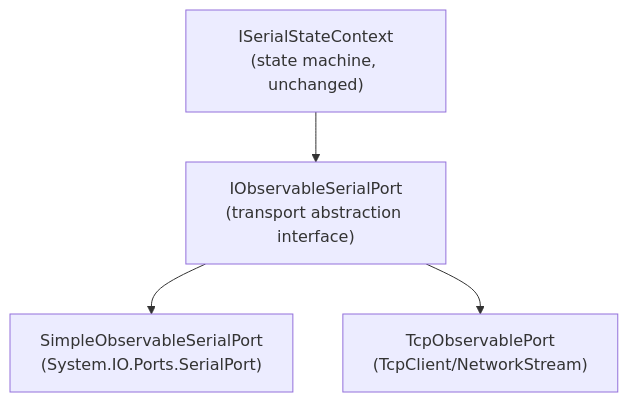
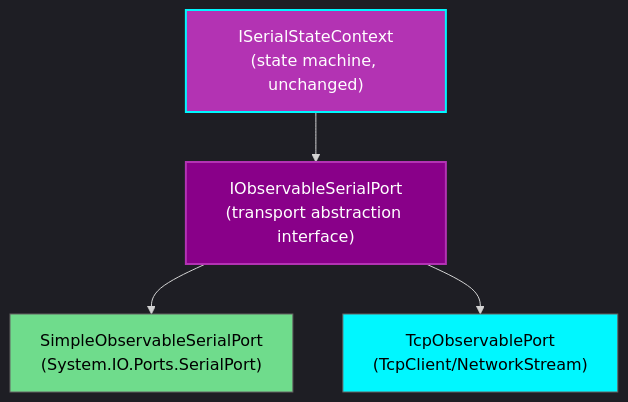
Before and after one commit to MetalHexx/TeensyROM-Web: the second of 3 diagrams in src/docs/projects/tcp/TCP_BRAINSTORMING.md, drawn with Mermaid. The commit also changed other lines of this file and 2 other files, not shown here.

Commit message:
docs: dj constrol and tcp

````diff
--- a/src/docs/projects/tcp/TCP_BRAINSTORMING.md
+++ b/src/docs/projects/tcp/TCP_BRAINSTORMING.md
@@ -78,11 +86,17 @@
 ```mermaid
+%%{init: {'theme': 'dark', 'primaryColor': '#890089', 'primaryBorderColor': '#b333b3', 'primaryTextColor': '#fff', 'secondaryColor': '#00f7ff', 'tertiaryColor': '#6fdc8c', 'lineColor': '#656363', 'tertiaryTextColor': '#000'}}%%
 graph TD
     ISC["ISerialStateContext<br/>(state machine, unchanged)"]
     IOSP["IObservableSerialPort<br/>(transport abstraction interface)"]
     SOAP["SimpleObservableSerialPort<br/>(System.IO.Ports.SerialPort)"]
     TCP["TcpObservablePort<br/>(TcpClient/NetworkStream)"]
     
     ISC --> IOSP
     IOSP --> SOAP
     IOSP --> TCP
+    
+    style ISC fill:#b333b3,stroke:#00f7ff,stroke-width:2px,color:#fff
+    style IOSP fill:#890089,stroke:#b333b3,stroke-width:2px,color:#fff
+    style SOAP fill:#6fdc8c,stroke:#656363,stroke-width:1px,color:#000
+    style TCP fill:#00f7ff,stroke:#656363,stroke-width:1px,color:#000
 ```
````
